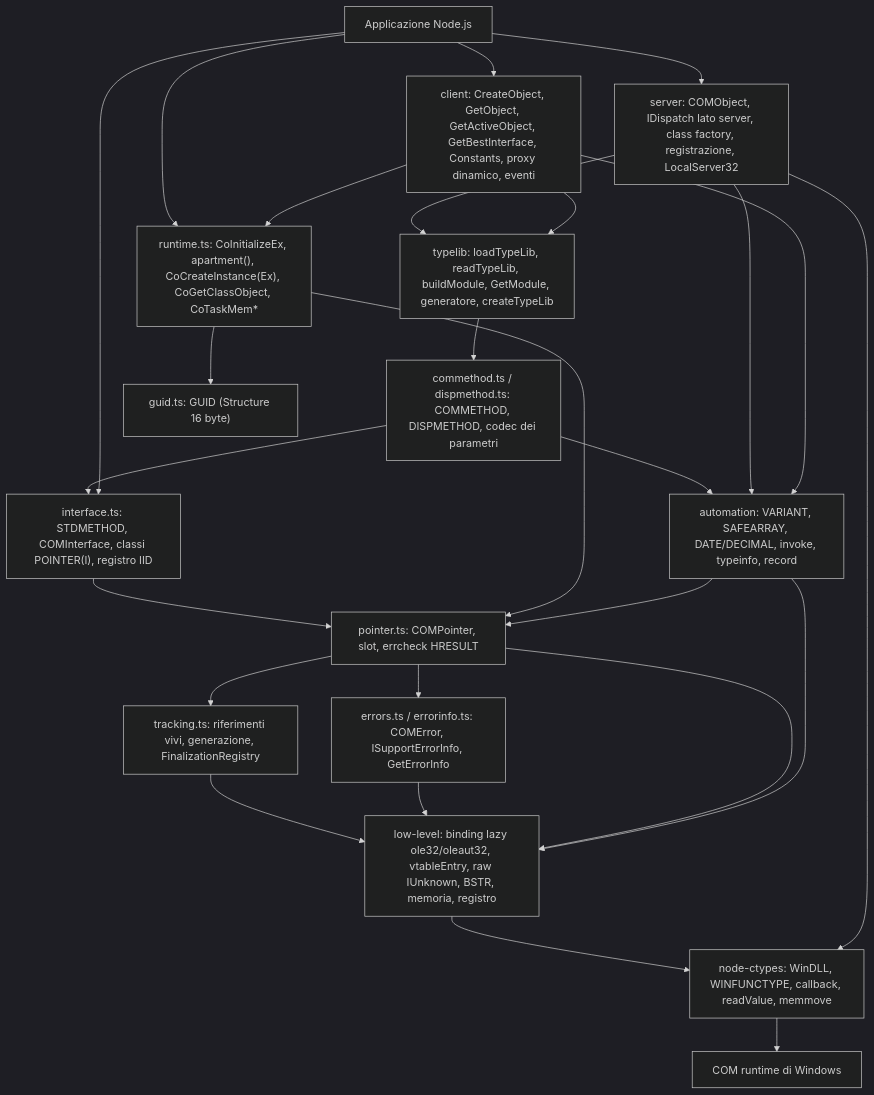
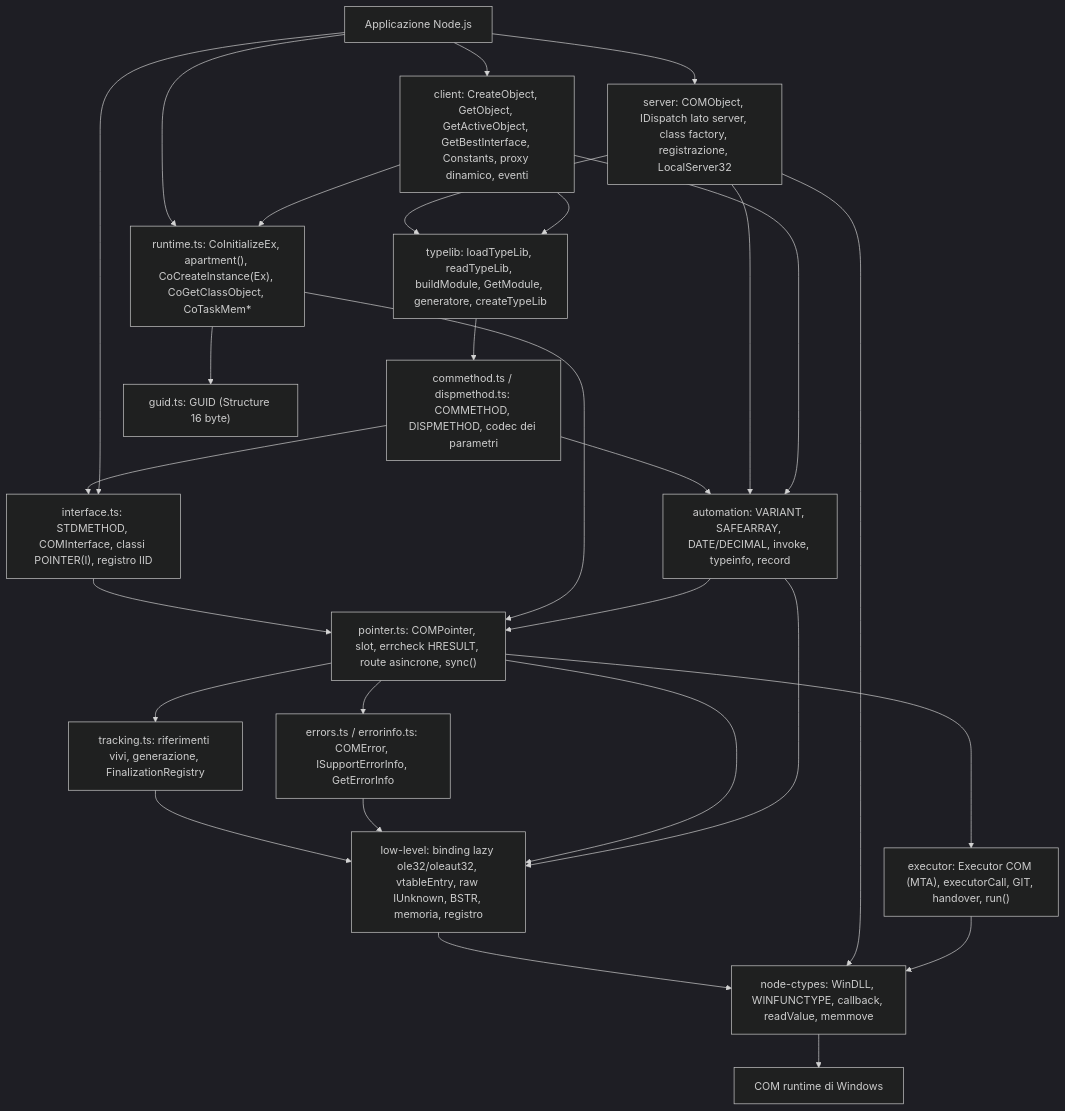
Before and after one commit to dmazzella/node-comtypes: the first of 16 diagrams in FLOWS.md, drawn with Mermaid (dark theme). The commit also changed other lines of this file and 67 other files, not shown here.

First line of the commit message:
Release 0.2.0: asynchronous calls on a COM executor

````diff
--- a/FLOWS.md
+++ b/FLOWS.md
@@ -38,36 +39,38 @@
 ```mermaid
 flowchart TD
     APP["Applicazione Node.js"]
     CLI["client: CreateObject, GetObject, GetActiveObject, GetBestInterface, Constants, proxy dinamico, eventi"]
     SRV["server: COMObject, IDispatch lato server, class factory, registrazione, LocalServer32"]
     TLB["typelib: loadTypeLib, readTypeLib, buildModule, GetModule, generatore, createTypeLib"]
     AUT["automation: VARIANT, SAFEARRAY, DATE/DECIMAL, invoke, typeinfo, record"]
     CM["commethod.ts / dispmethod.ts: COMMETHOD, DISPMETHOD, codec dei parametri"]
     RT["runtime.ts: CoInitializeEx, apartment(), CoCreateInstance(Ex), CoGetClassObject, CoTaskMem*"]
     IF["interface.ts: STDMETHOD, COMInterface, classi POINTER(I), registro IID"]
-    PTR["pointer.ts: COMPointer, slot, errcheck HRESULT"]
+    PTR["pointer.ts: COMPointer, slot, errcheck HRESULT, route asincrone, sync()"]
+    EXE["executor: Executor COM (MTA), executorCall, GIT, handover, run()"]
     TRK["tracking.ts: riferimenti vivi, generazione, FinalizationRegistry"]
     ERR["errors.ts / errorinfo.ts: COMError, ISupportErrorInfo, GetErrorInfo"]
     GUID["guid.ts: GUID (Structure 16 byte)"]
     LOW["low-level: binding lazy ole32/oleaut32, vtableEntry, raw IUnknown, BSTR, memoria, registro"]
     FFI["node-ctypes: WinDLL, WINFUNCTYPE, callback, readValue, memmove"]
     OS["COM runtime di Windows"]
     APP --> CLI --> AUT --> PTR
     APP --> SRV --> AUT
     CLI --> TLB --> CM
     SRV --> TLB
     CLI --> RT
     AUT --> LOW
     APP --> RT --> PTR
     APP --> IF --> PTR
     CM --> IF
     CM --> AUT
     PTR --> TRK
+    PTR --> EXE --> FFI
     PTR --> ERR
     RT --> GUID
     PTR --> LOW
     ERR --> LOW
     TRK --> LOW
     SRV --> FFI
     LOW --> FFI --> OS
 ```
````
